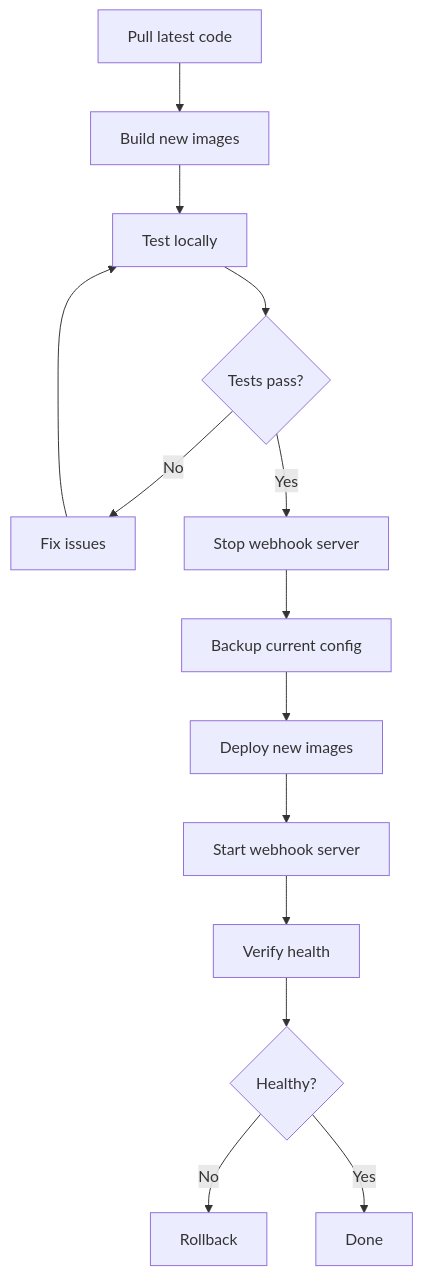
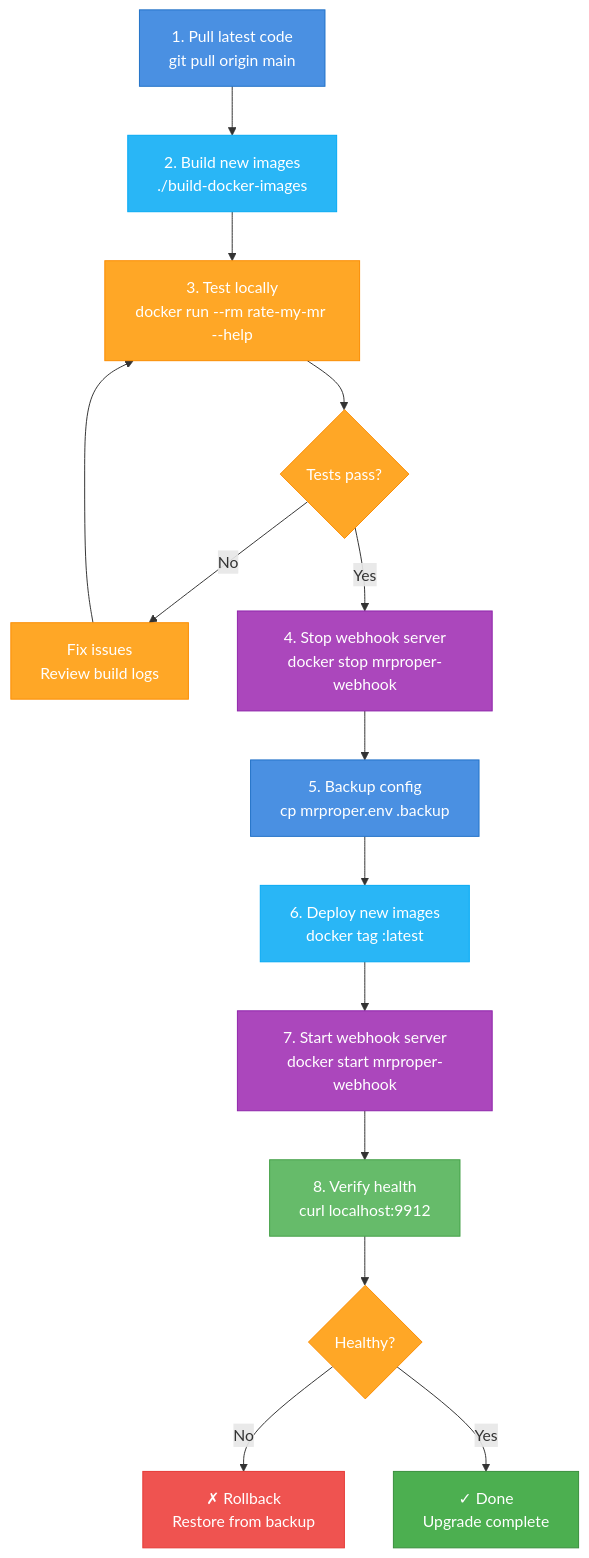
The third of 3 diagrams in OPERATIONS.md (vigneshpalanivelr/commit-validator), drawn with Mermaid before and after one commit. The commit also changed other lines of this file and 1 other file, not shown here.

First line of the commit message:
Enhance mermaid diagrams with colors and details in OPERATIONS.md and README.md

````diff
--- a/OPERATIONS.md
+++ b/OPERATIONS.md
@@ -1394,16 +1417,33 @@
 ```mermaid
 flowchart TD
-    A[Pull latest code] --> B[Build new images]
-    B --> C[Test locally]
+    A[1. Pull latest code<br/>git pull origin main] --> B[2. Build new images<br/>./build-docker-images]
+    B --> C[3. Test locally<br/>docker run --rm rate-my-mr --help]
     C --> D{Tests pass?}
-    D -->|No| E[Fix issues]
+    D -->|No| E[Fix issues<br/>Review build logs]
     E --> C
-    D -->|Yes| F[Stop webhook server]
-    F --> G[Backup current config]
-    G --> H[Deploy new images]
-    H --> I[Start webhook server]
-    I --> J[Verify health]
+    D -->|Yes| F[4. Stop webhook server<br/>docker stop mrproper-webhook]
+    F --> G[5. Backup config<br/>cp mrproper.env .backup]
+    G --> H[6. Deploy new images<br/>docker tag :latest]
+    H --> I[7. Start webhook server<br/>docker start mrproper-webhook]
+    I --> J[8. Verify health<br/>curl localhost:9912]
     J --> K{Healthy?}
-    K -->|No| L[Rollback]
-    K -->|Yes| M[Done]
+    K -->|No| L[✗ Rollback<br/>Restore from backup]
+    K -->|Yes| M[✓ Done<br/>Upgrade complete]
+
+    classDef prepare fill:#4a90e2,color:#fff,stroke:#2171c7
+    classDef build fill:#29b6f6,color:#fff,stroke:#03a9f4
+    classDef test fill:#ffa726,color:#fff,stroke:#fb8c00
+    classDef deploy fill:#ab47bc,color:#fff,stroke:#8e24aa
+    classDef verify fill:#66bb6a,color:#fff,stroke:#43a047
+    classDef error fill:#ef5350,color:#fff,stroke:#e53935
+    classDef success fill:#4caf50,color:#fff,stroke:#388e3c
+
+    class A,G prepare
+    class B,H build
+    class C,E test
+    class D,K test
+    class F,I deploy
+    class J verify
+    class L error
+    class M success
 ```
````
